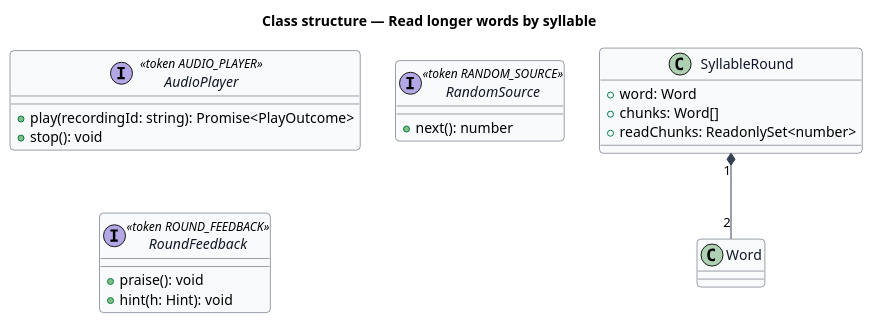
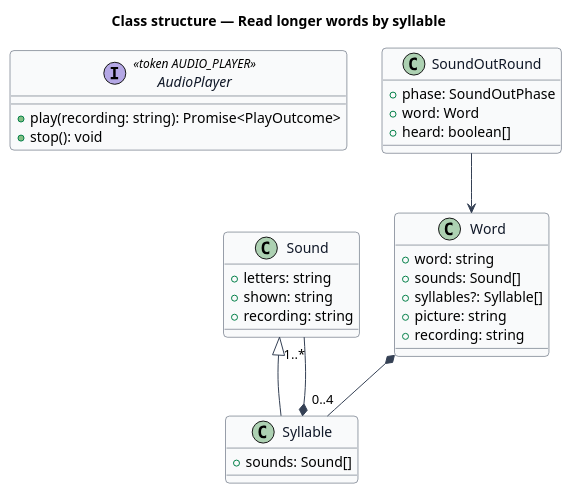
The diagram in docs/detailed-designs/sound-out/read-by-syllable/diagrams/class.puml (QuinntyneBrown/pibbo), drawn with PlantUML before and after one commit. The commit also changed 13 other files, not shown here.

```diff
--- a/docs/detailed-designs/sound-out/read-by-syllable/diagrams/class.puml
+++ b/docs/detailed-designs/sound-out/read-by-syllable/diagrams/class.puml
@@ -1,32 +1,43 @@
 @startuml
 skinparam backgroundColor #FFFFFF
 skinparam shadowing false
 skinparam roundcorner 8
 skinparam defaultFontName Arial
 skinparam ArrowColor #344054
 skinparam class {
   BorderColor #344054
   FontColor #101828
   BackgroundColor #F9FAFB
 }
 title Class structure — Read longer words by syllable
 
 interface AudioPlayer <<token AUDIO_PLAYER>> {
-  +play(recordingId: string): Promise<PlayOutcome>
+  +play(recording: string): Promise<PlayOutcome>
   +stop(): void
 }
-interface RandomSource <<token RANDOM_SOURCE>> {
-  +next(): number
+
+class Sound {
+  +letters: string
+  +shown: string
+  +recording: string
 }
-interface RoundFeedback <<token ROUND_FEEDBACK>> {
-  +praise(): void
-  +hint(h: Hint): void
+class Syllable {
+  +sounds: Sound[]
 }
-
-class SyllableRound {
+class Word {
+  +word: string
+  +sounds: Sound[]
+  +syllables?: Syllable[]
+  +picture: string
+  +recording: string
+}
+class SoundOutRound {
+  +phase: SoundOutPhase
   +word: Word
-  +chunks: Word[]
-  +readChunks: ReadonlySet<number>
+  +heard: boolean[]
 }
-SyllableRound "1" *-- "2" Word
+Sound <|-- Syllable
+Syllable *-- "1..*" Sound
+Word *-- "0..4" Syllable
+SoundOutRound --> Word
 @enduml
```
